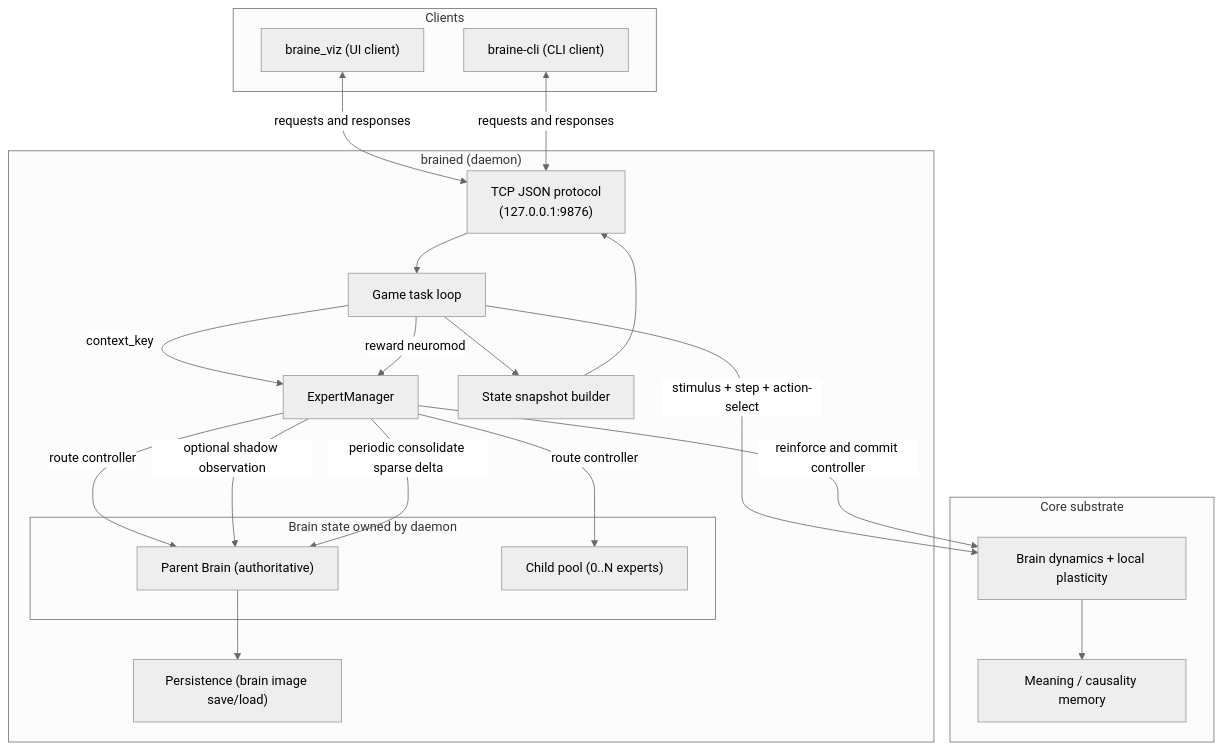
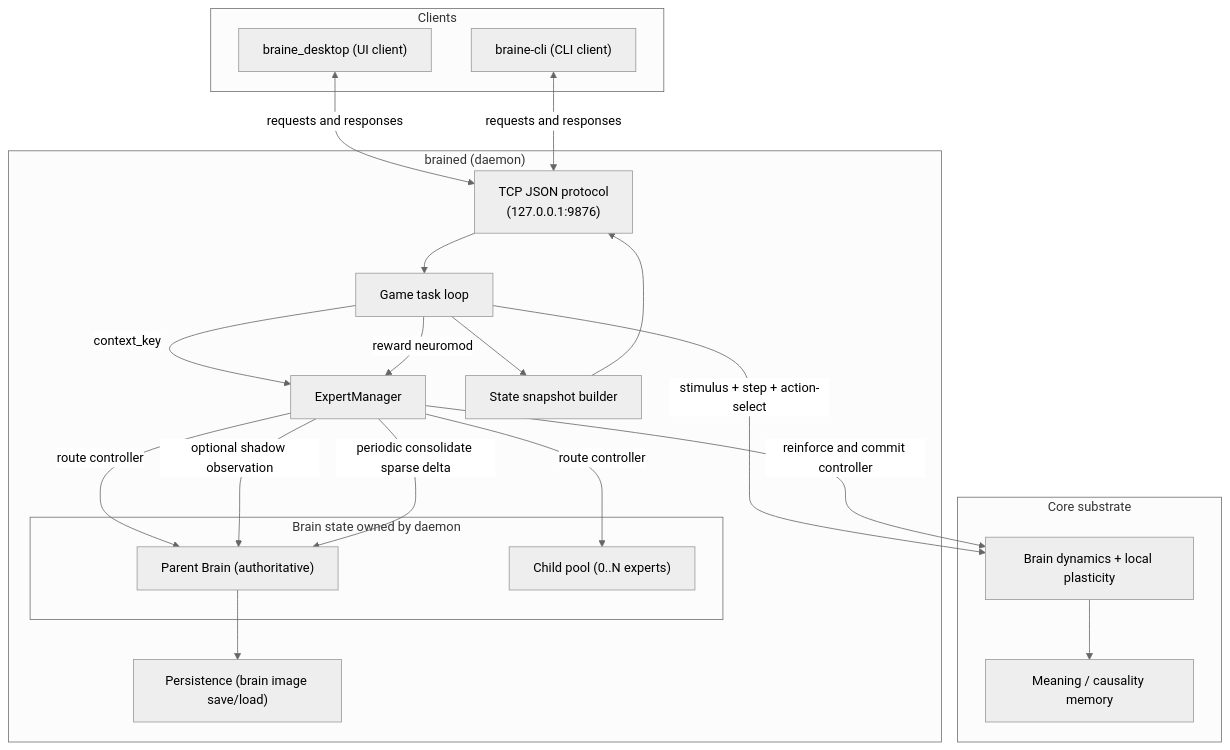
One commit to maplumi/braine changed the first of 3 diagrams in doc/architecture/experts.md. Above: the diagram before and after it, drawn with Mermaid (neutral theme). The commit also changed other lines of this file and 38 other files, not shown here.

````diff
--- a/doc/architecture/experts.md
+++ b/doc/architecture/experts.md
@@ -98,47 +98,47 @@
 ```mermaid
 flowchart TD
    subgraph Clients["Clients"]
-      UI["braine_viz (UI client)"]
+      UI["braine_desktop (UI client)"]
       CLI["braine-cli (CLI client)"]
    end
 
    subgraph Daemon["brained (daemon)"]
       TCP["TCP JSON protocol\n(127.0.0.1:9876)"]
       Loop[Game task loop]
       EM[ExpertManager]
 
       subgraph Brains["Brain state owned by daemon"]
          P["Parent Brain (authoritative)"]
          C["Child pool (0..N experts)"]
       end
 
       Snap[State snapshot builder]
       Save["Persistence (brain image save/load)"]
    end
 
    subgraph Core["Core substrate"]
       Brain[Brain dynamics + local plasticity]
       Meaning[Meaning / causality memory]
    end
 
    UI <-->|requests and responses| TCP
    CLI <-->|requests and responses| TCP
 
    TCP --> Loop
    Loop -->|context_key| EM
    EM -->|route controller| P
    EM -->|route controller| C
 
    Loop -->|stimulus + step + action-select| Brain
    Brain --> Meaning
 
    Loop -->|reward neuromod| EM
    EM -->|reinforce and commit controller| Brain
    EM -->|optional shadow observation| P
 
    EM -->|periodic consolidate sparse delta| P
    P --> Save
 
    Loop --> Snap
    Snap --> TCP
 ```
````
